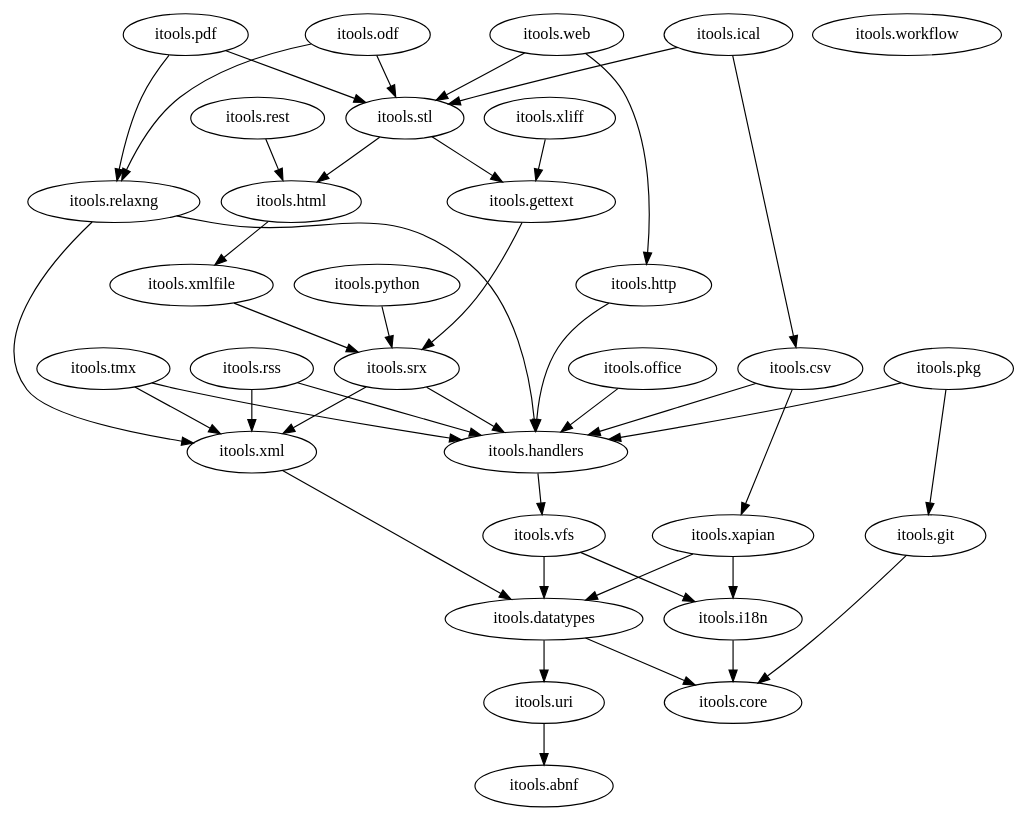
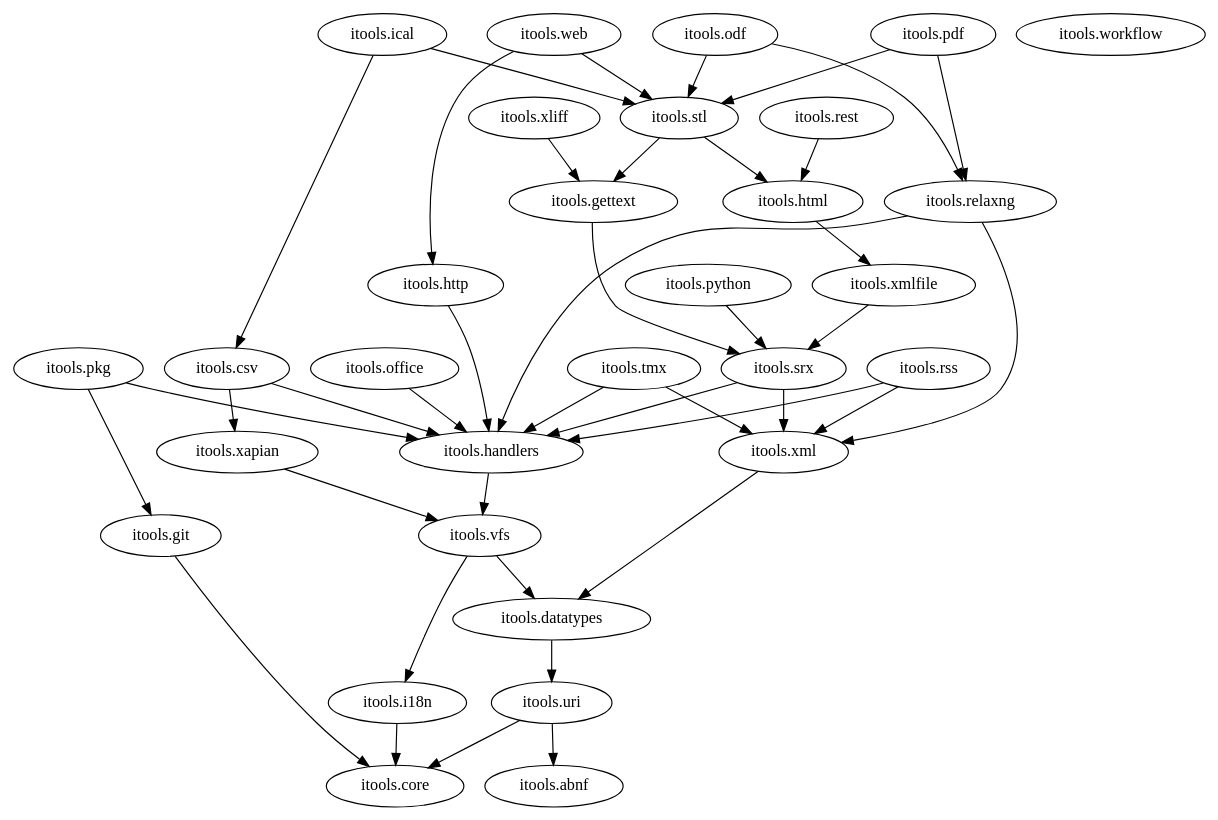
One commit to nkhine/iTools-Documentation changed the diagram in itools/figures-src/packages.dot. Above: the diagram before and after it, drawn with Graphviz.

Commit message:
Update package dependency graph.

```diff
--- a/itools/figures-src/packages.dot
+++ b/itools/figures-src/packages.dot
@@ -1,144 +1,146 @@
 digraph G {
   "itools.abnf";
 
   "itools.core";
 
 #  "itools.csv" -> "itools.core";
 #  "itools.csv" -> "itools.datatypes";
   "itools.csv" -> "itools.handlers";
 #  "itools.csv" -> "itools.vfs";
   "itools.csv" -> "itools.xapian";
 
-  "itools.datatypes" -> "itools.core";
+#  "itools.datatypes" -> "itools.core";
   "itools.datatypes" -> "itools.uri";
 
 #  "itools.gettext" -> "itools.core";
 #  "itools.gettext" -> "itools.handlers";
   "itools.gettext" -> "itools.srx";
 #  "itools.gettext" -> "itools.xml";
 
   "itools.git" -> "itools.core";
 
 #  "itools.handlers" -> "itools.core";
 #  "itools.handlers" -> "itools.datatypes";
 #  "itools.handlers" -> "itools.uri";
   "itools.handlers" -> "itools.vfs";
 
 #  "itools.html" -> "itools.core";
 #  "itools.html" -> "itools.datatypes";
 #  "itools.html" -> "itools.handlers";
 #  "itools.html" -> "itools.xml";
   "itools.html" -> "itools.xmlfile";
 
 #  "itools.http" -> "itools.datatypes";
   "itools.http" -> "itools.handlers";
 #  "itools.http" -> "itools.i18n";
 #  "itools.http" -> "itools.uri";
 
   "itools.i18n" -> "itools.core";
 
 #  "itools.ical" -> "itools.core";
   "itools.ical" -> "itools.csv";
 #  "itools.ical" -> "itools.datatypes";
 #  "itools.ical" -> "itools.handlers";
 #  "itools.ical" -> "itools.html";
   "itools.ical" -> "itools.stl";
 #  "itools.ical" -> "itools.xapian";
 
 #  "itools.odf" -> "itools.core";
 #  "itools.odf" -> "itools.datatypes";
 #  "itools.odf" -> "itools.handlers";
   "itools.odf" -> "itools.relaxng";
   "itools.odf" -> "itools.stl";
 #  "itools.odf" -> "itools.xml";
 #  "itools.odf" -> "itools.xmlfile";
 
   "itools.office" -> "itools.handlers";
-#  "itools.office" -> "itools.vfs";
 
 #  "itools.pdf" -> "itools.core";
 #  "itools.pdf" -> "itools.datatypes";
 #  "itools.pdf" -> "itools.handlers";
   "itools.pdf" -> "itools.relaxng";
   "itools.pdf" -> "itools.stl";
 #  "itools.pdf" -> "itools.uri";
 #  "itools.pdf" -> "itools.vfs";
 #  "itools.pdf" -> "itools.xml";
 #  "itools.pdf" -> "itools.xmlfile";
 
 #  "itools.pkg" -> "itools.core";
 #  "itools.pkg" -> "itools.datatypes";
   "itools.pkg" -> "itools.git";
   "itools.pkg" -> "itools.handlers";
 #  "itools.pkg" -> "itools.uri";
 #  "itools.pkg" -> "itools.vfs";
 
 #  "itools.python" -> "itools.handlers";
   "itools.python" -> "itools.srx";
 
 #  "itools.relaxng" -> "itools.core";
 #  "itools.relaxng" -> "itools.datatypes";
   "itools.relaxng" -> "itools.handlers";
   "itools.relaxng" -> "itools.xml";
+#  "itools.relaxng" -> "itools.uri";
 #  "itools.relaxng" -> "itools.vfs";
 
 #  "itools.rest" -> "itools.handlers";
   "itools.rest" -> "itools.html";
 #  "itools.rest" -> "itools.xml";
 
 #  "itools.rss" -> "itools.core";
 #  "itools.rss" -> "itools.datatypes";
   "itools.rss" -> "itools.handlers";
   "itools.rss" -> "itools.xml";
 
 #  "itools.stl" -> "itools.core";
 #  "itools.stl" -> "itools.datatypes";
   "itools.stl" -> "itools.gettext";
   "itools.stl" -> "itools.html";
 #  "itools.stl" -> "itools.uri";
 #  "itools.stl" -> "itools.xml";
 
 #  "itools.srx" -> "itools.core";
   "itools.srx" -> "itools.handlers";
   "itools.srx" -> "itools.xml";
 
 #  "itools.tmx" -> "itools.core";
 #  "itools.tmx" -> "itools.datatypes";
   "itools.tmx" -> "itools.handlers";
   "itools.tmx" -> "itools.xml";
 
   "itools.uri" -> "itools.abnf";
+  "itools.uri" -> "itools.core";
 
 #  "itools.vfs" -> "itools.core";
   "itools.vfs" -> "itools.datatypes";
   "itools.vfs" -> "itools.i18n";
-#  "itools.vfs" -> "itools.uri";
 
 #  "itools.web" -> "itools.core";
 #  "itools.web" -> "itools.datatypes";
 #  "itools.web" -> "itools.gettext";
+#  "itools.web" -> "itools.handlers";
   "itools.web" -> "itools.http";
 #  "itools.web" -> "itools.i18n";
   "itools.web" -> "itools.stl";
 #  "itools.web" -> "itools.uri";
 
   "itools.workflow";
 
-  "itools.xapian" -> "itools.datatypes";
-  "itools.xapian" -> "itools.i18n";
+#  "itools.xapian" -> "itools.datatypes";
+#  "itools.xapian" -> "itools.i18n";
 #  "itools.xapian" -> "itools.uri";
+  "itools.xapian" -> "itools.vfs";
 
 #  "itools.xliff" -> "itools.core";
 #  "itools.xliff" -> "itools.datatypes";
   "itools.xliff" -> "itools.gettext";
 #  "itools.xliff" -> "itools.handlers";
 #  "itools.xliff" -> "itools.srx";
 #  "itools.xliff" -> "itools.xml";
 
   "itools.xml" -> "itools.datatypes";
 
 #  "itools.xmlfile" -> "itools.datatypes";
 #  "itools.xmlfile" -> "itools.handlers";
   "itools.xmlfile" -> "itools.srx";
 #  "itools.xmlfile" -> "itools.xml";
 }
```
